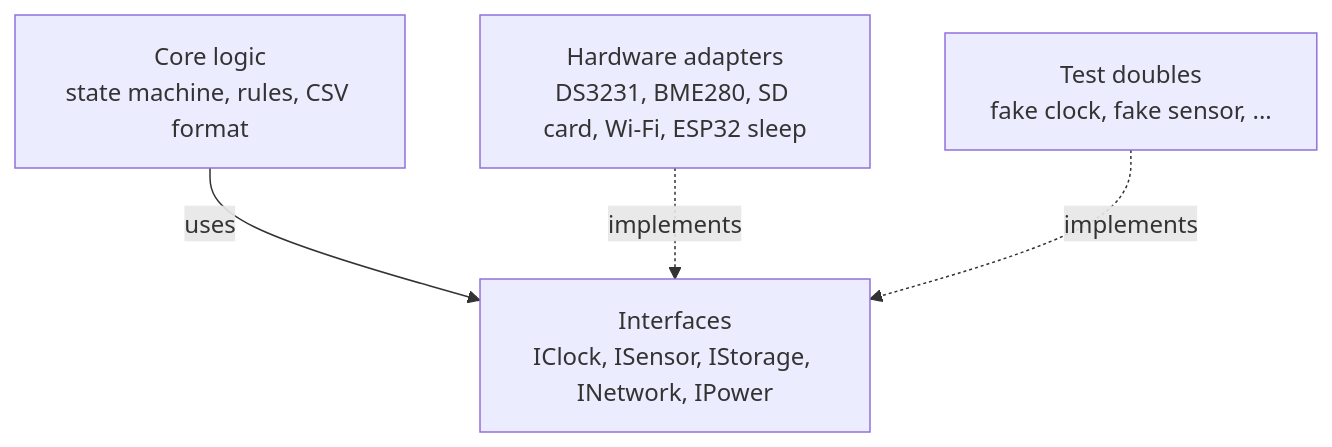
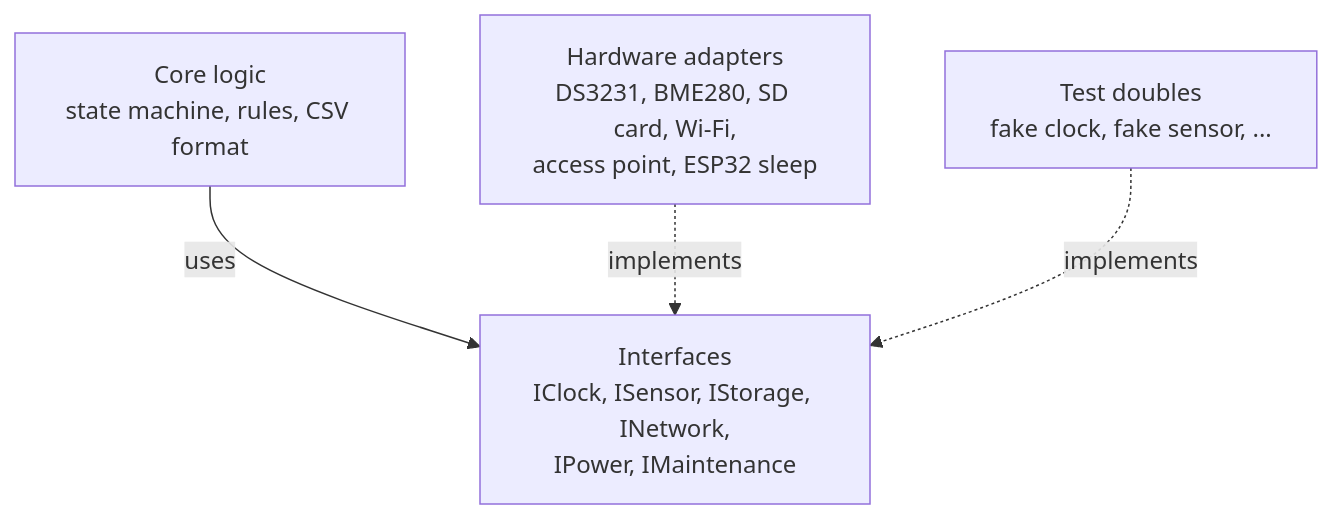
Before and after one commit to wg1d/personal-autonomous-weather-station: the second of 3 diagrams in docs/chapters/Architecture/Phase-04/00-design.qmd, drawn with Mermaid. The commit also changed other lines of this file, not shown here.

````diff
--- a/docs/chapters/Architecture/Phase-04/00-design.qmd
+++ b/docs/chapters/Architecture/Phase-04/00-design.qmd
@@ -171,10 +173,10 @@
 ```{mermaid}
 flowchart TD
     core["Core logic<br/>state machine, rules, CSV format"]
-    ports["Interfaces<br/>IClock, ISensor, IStorage, INetwork, IPower"]
-    hw["Hardware adapters<br/>DS3231, BME280, SD card, Wi-Fi, ESP32 sleep"]
+    ports["Interfaces<br/>IClock, ISensor, IStorage, INetwork,<br/>IPower, IMaintenance"]
+    hw["Hardware adapters<br/>DS3231, BME280, SD card, Wi-Fi,<br/>access point, ESP32 sleep"]
     doubles["Test doubles<br/>fake clock, fake sensor, ..."]
     core -- uses --> ports
     hw -. implements .-> ports
     doubles -. implements .-> ports
 ```
````
